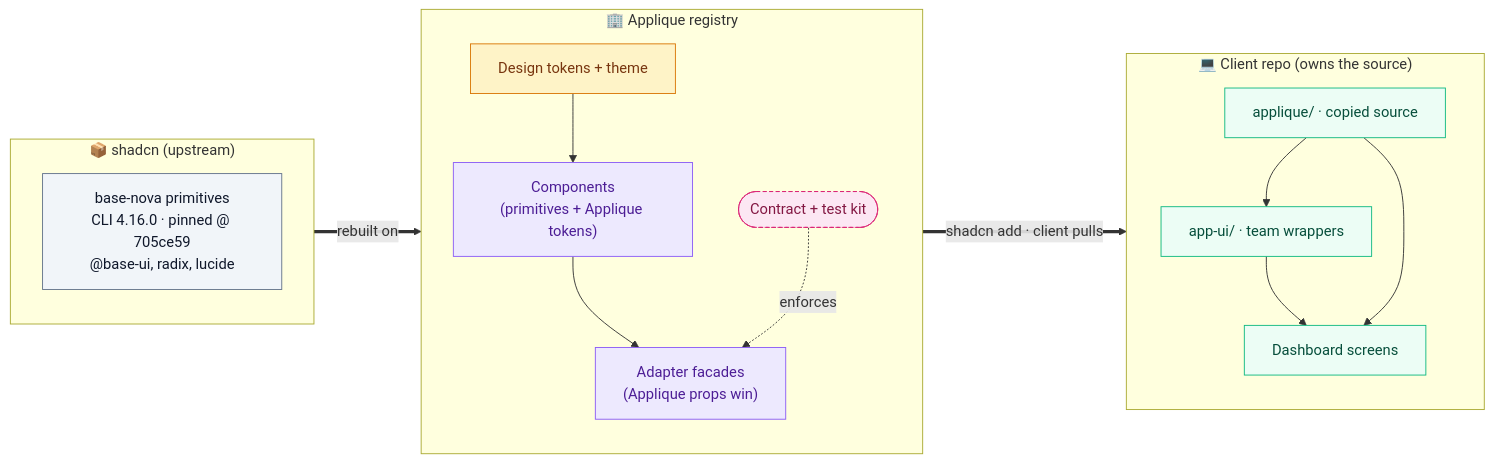
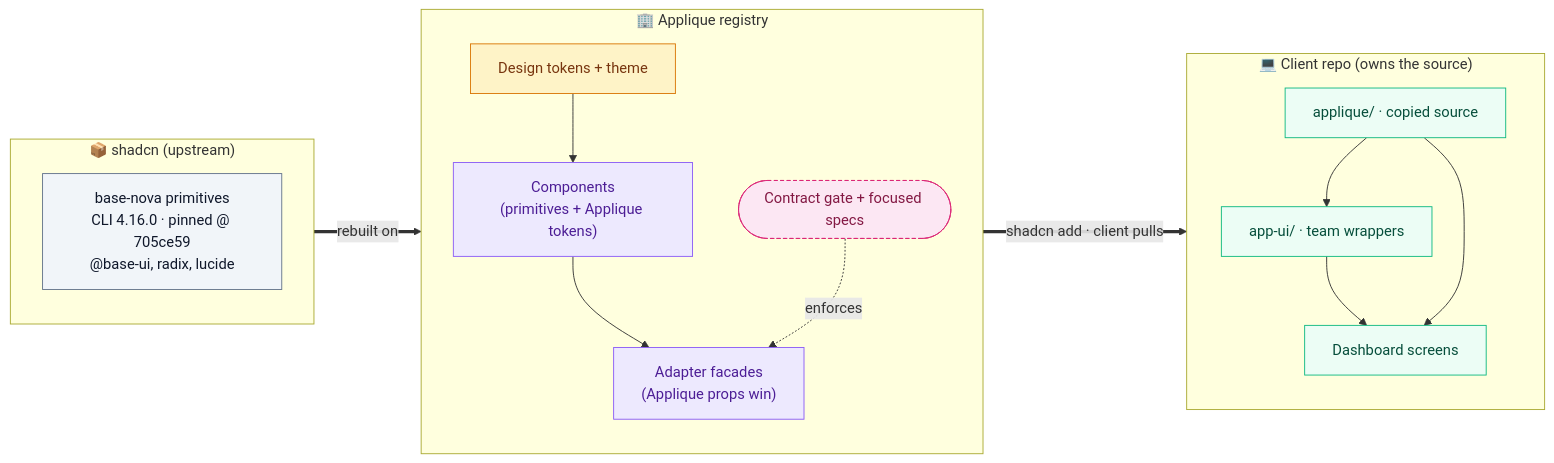
Before and after one commit to rohangore1999/applique-ui: the diagram in docs/REGISTRY-APPROACH.md, drawn with Mermaid. The commit also changed other lines of this file and 75 other files, not shown here.

````diff
--- a/docs/REGISTRY-APPROACH.md
+++ b/docs/REGISTRY-APPROACH.md
@@ -37,40 +37,40 @@
 ```mermaid
 flowchart LR
   subgraph S["📦 shadcn (upstream)"]
     direction TB
     base["base-nova primitives<br/>CLI 4.16.0 · pinned @ 705ce59<br/>@base-ui, radix, lucide"]
   end
 
   subgraph A["🏢 Applique registry"]
     direction TB
     tokens["Design tokens + theme"]
     comps["Components<br/>(primitives + Applique tokens)"]
     facades["Adapter facades<br/>(Applique props win)"]
-    contract(["Contract + test kit"])
+    contract(["Contract gate + focused specs"])
     tokens --> comps --> facades
     contract -.enforces.-> facades
   end
 
   subgraph C["💻 Client repo (owns the source)"]
     direction TB
     owned["applique/ · copied source"]
     appui["app-ui/ · team wrappers"]
     screens["Dashboard screens"]
     owned --> appui --> screens
     owned --> screens
   end
 
   S ==>|"rebuilt on"| A
   A ==>|"shadcn add · client pulls"| C
 
   classDef up fill:#F1F5F9,stroke:#64748B,color:#0F172A;
   classDef found fill:#FEF3C7,stroke:#D97706,color:#78350F;
   classDef reg fill:#EDE9FE,stroke:#8B5CF6,color:#4C1D95;
   classDef data fill:#FCE7F3,stroke:#DB2777,color:#831843,stroke-dasharray:4 3;
   classDef cli fill:#ECFDF5,stroke:#10B981,color:#064E3B;
   class base up;
   class tokens found;
   class comps,facades reg;
   class contract data;
   class owned,appui,screens cli;
 ```
````
